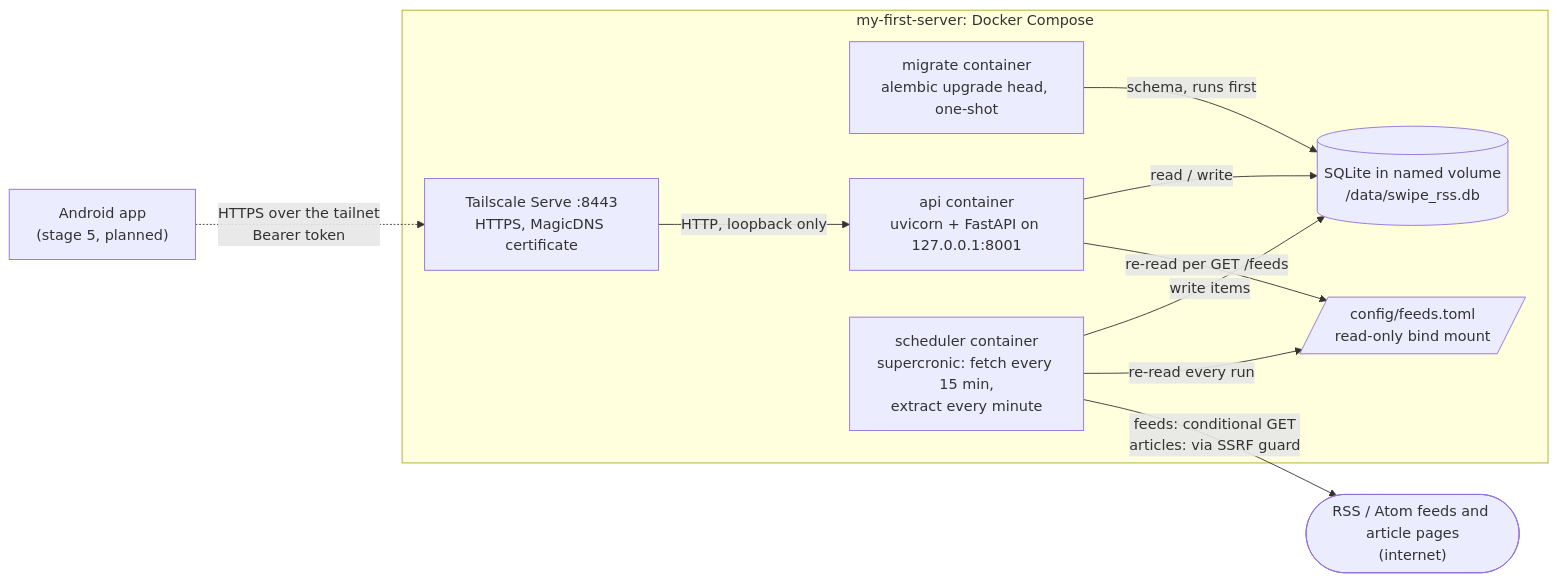
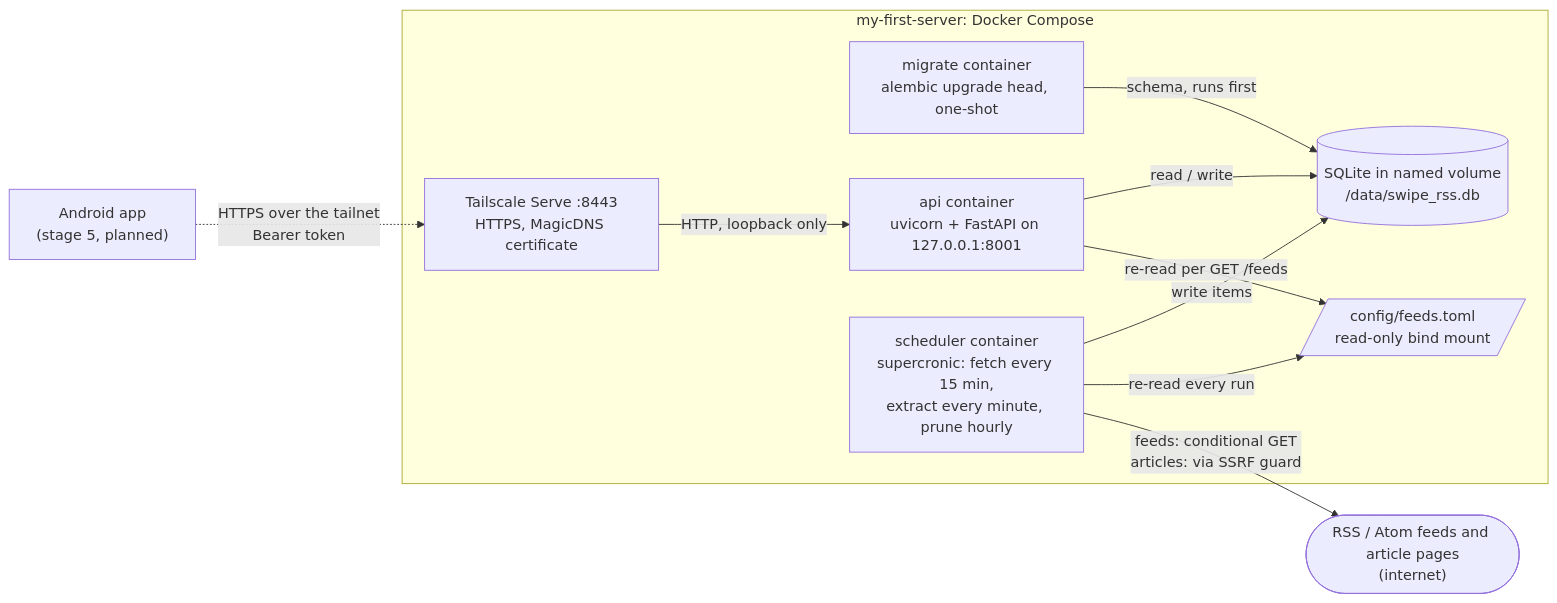
The first of 18 diagrams in docs/architecture.md (shanirub/swipe-rss-reader), drawn with Mermaid before and after one commit. The commit also changed other lines of this file and 13 other files, not shown here.

````diff
--- a/docs/architecture.md
+++ b/docs/architecture.md
@@ -27,23 +27,23 @@
 ```mermaid
 flowchart LR
     feeds(["RSS / Atom feeds and article pages<br/>(internet)"])
     app["Android app<br/>(stage 5, planned)"]
 
     subgraph server["my-first-server: Docker Compose"]
         migrate["migrate container<br/>alembic upgrade head, one-shot"]
         serve["Tailscale Serve :8443<br/>HTTPS, MagicDNS certificate"]
         api["api container<br/>uvicorn + FastAPI on 127.0.0.1:8001"]
         db[("SQLite in named volume<br/>/data/swipe_rss.db")]
-        sched["scheduler container<br/>supercronic: fetch every 15 min,<br/>extract every minute"]
+        sched["scheduler container<br/>supercronic: fetch every 15 min,<br/>extract every minute, prune hourly"]
         cfg[/"config/feeds.toml<br/>read-only bind mount"/]
     end
 
     migrate -- "schema, runs first" --> db
     app -. "HTTPS over the tailnet<br/>Bearer token" .-> serve
     serve -- "HTTP, loopback only" --> api
     api -- "read / write" --> db
     sched -- "write items" --> db
     sched -- "re-read every run" --> cfg
     api -- "re-read per GET /feeds" --> cfg
     sched -- "feeds: conditional GET<br/>articles: via SSRF guard" --> feeds
 ```
````
